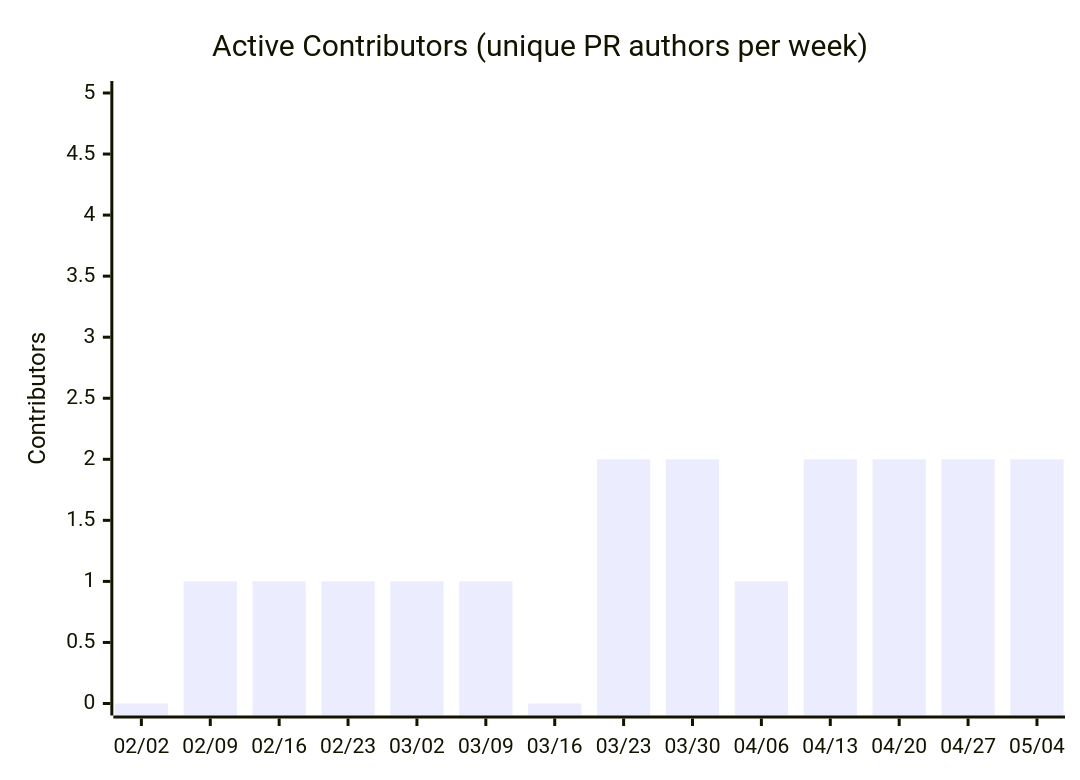
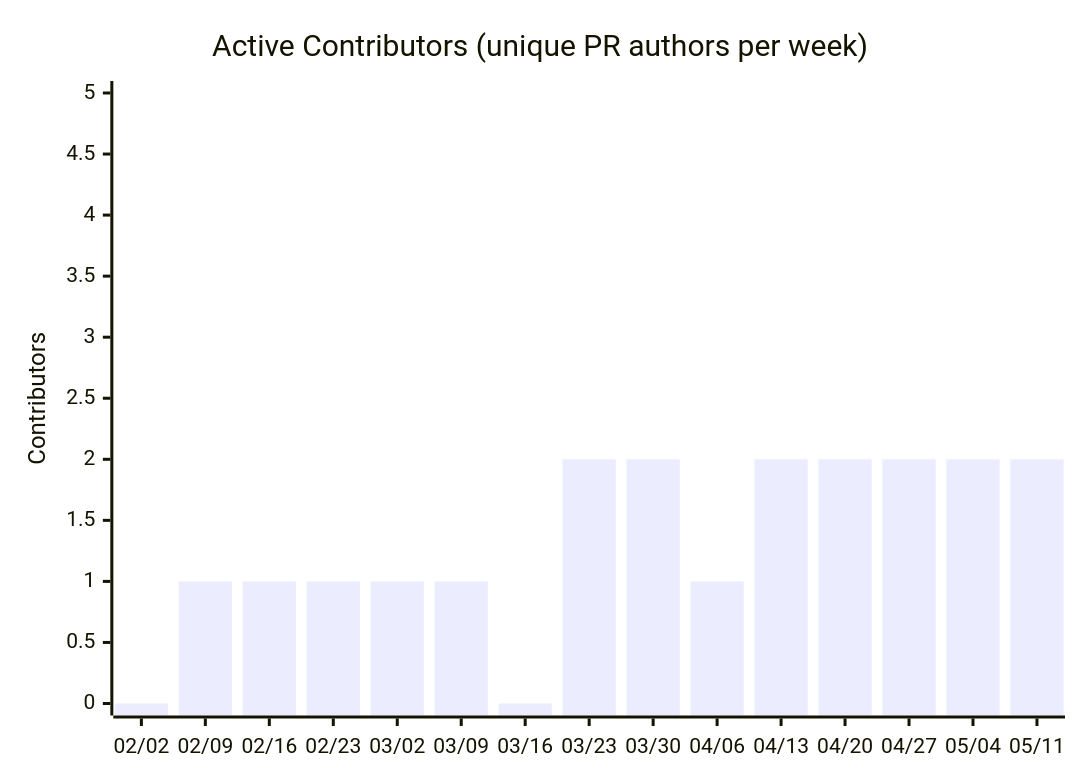
Before and after one commit to nablarch/nabledge-dev: the seventh of 14 diagrams in docs/metrics.md, drawn with Mermaid. The commit also changed other lines of this file and 2 other files, not shown here.

````diff
--- a/docs/metrics.md
+++ b/docs/metrics.md
@@ -109,7 +109,7 @@
 ```mermaid
 xychart-beta
   title "Active Contributors (unique PR authors per week)"
-  x-axis ["02/02", "02/09", "02/16", "02/23", "03/02", "03/09", "03/16", "03/23", "03/30", "04/06", "04/13", "04/20", "04/27", "05/04"]
+  x-axis ["02/02", "02/09", "02/16", "02/23", "03/02", "03/09", "03/16", "03/23", "03/30", "04/06", "04/13", "04/20", "04/27", "05/04", "05/11"]
   y-axis "Contributors" 0 --> 5
-  bar [0, 1, 1, 1, 1, 1, 0, 2, 2, 1, 2, 2, 2, 2]
+  bar [0, 1, 1, 1, 1, 1, 0, 2, 2, 1, 2, 2, 2, 2, 2]
 ```
````
